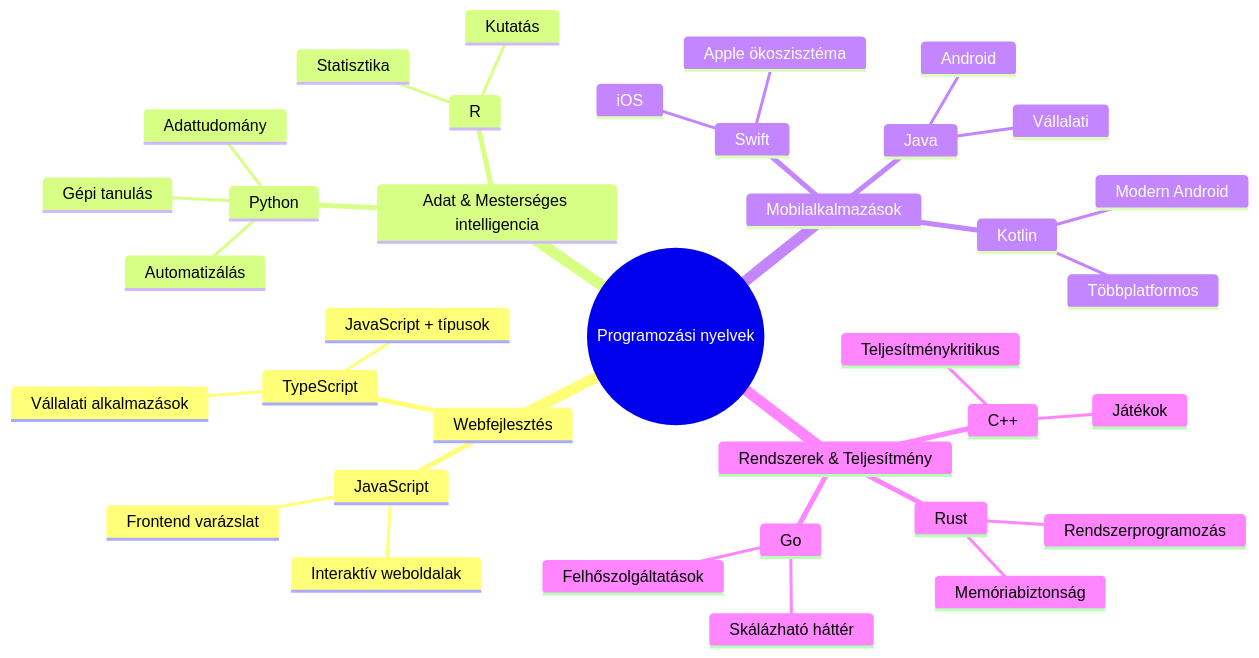
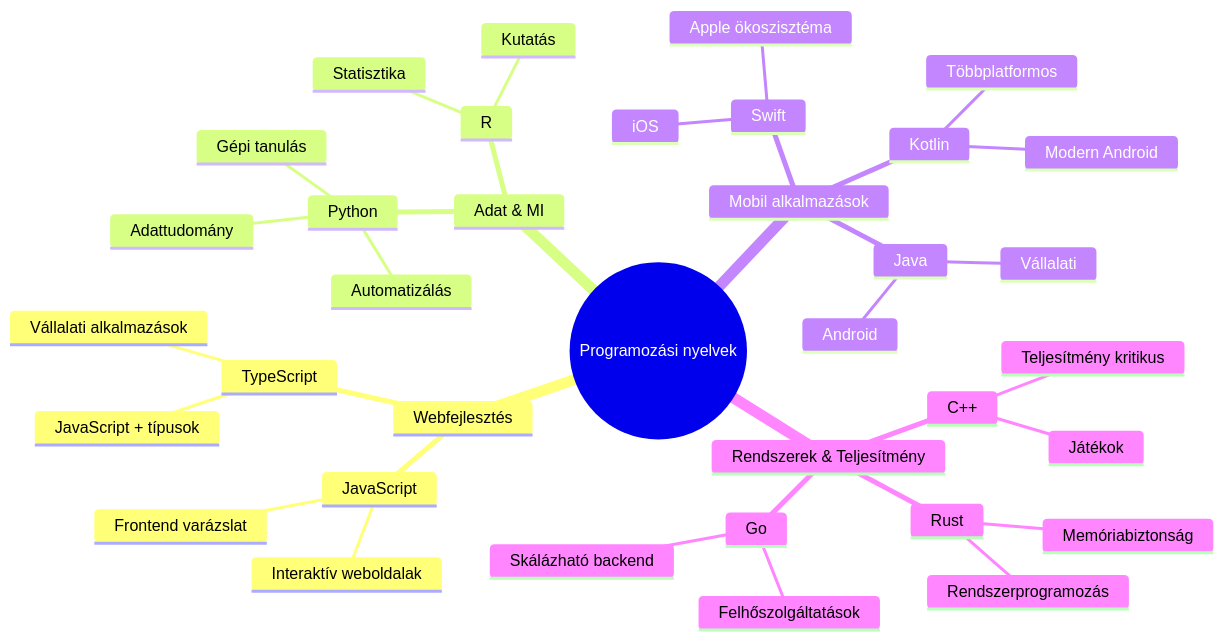
One commit to microsoft/Web-Dev-For-Beginners changed the second of 7 diagrams in translations/hu/1-getting-started-lessons/1-intro-to-programming-languages/README.md. Above: the diagram before and after it, drawn with Mermaid. The commit also changed other lines of this file and 11 other files, not shown here.

````diff
--- a/translations/hu/1-getting-started-lessons/1-intro-to-programming-languages/README.md
+++ b/translations/hu/1-getting-started-lessons/1-intro-to-programming-languages/README.md
@@ -85,39 +85,39 @@
 ```mermaid
 mindmap
   root((Programozási nyelvek))
     Webfejlesztés
       JavaScript
         Frontend varázslat
         Interaktív weboldalak
       TypeScript
         JavaScript + típusok
         Vállalati alkalmazások
-    Adat & Mesterséges intelligencia
+    Adat & MI
       Python
         Adattudomány
         Gépi tanulás
         Automatizálás
       R
         Statisztika
         Kutatás
-    Mobilalkalmazások
+    Mobil alkalmazások
       Java
         Android
         Vállalati
       Swift
         iOS
         Apple ökoszisztéma
       Kotlin
         Modern Android
         Többplatformos
     Rendszerek & Teljesítmény
       C++
         Játékok
-        Teljesítménykritikus
+        Teljesítmény kritikus
       Rust
         Memóriabiztonság
         Rendszerprogramozás
       Go
         Felhőszolgáltatások
-        Skálázható háttér
+        Skálázható backend
 ```
````
